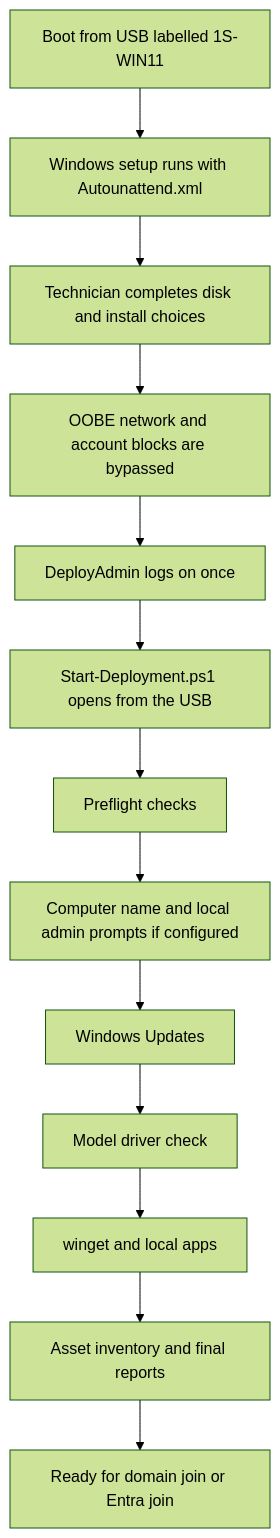
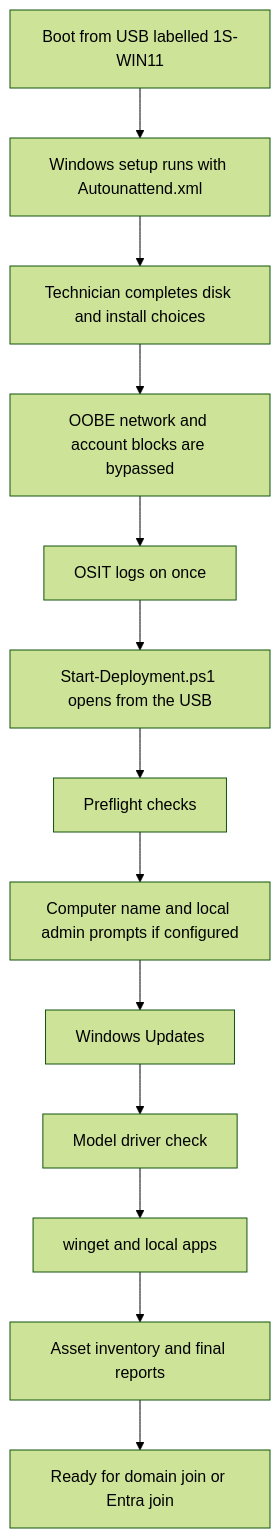
One commit to robin-collins/Win11-USB changed the first of 2 diagrams in README.md. Above: the diagram before and after it, drawn with Mermaid (forest theme). The commit also changed other lines of this file and 8 other files, not shown here.

Commit message:
Refactor deployment config for OSIT local admin setup

````diff
--- a/README.md
+++ b/README.md
@@ -11,15 +11,15 @@
 ```mermaid
 flowchart TD
   A["Boot from USB labelled 1S-WIN11"] --> B["Windows setup runs with Autounattend.xml"]
   B --> C["Technician completes disk and install choices"]
   C --> D["OOBE network and account blocks are bypassed"]
-  D --> E["DeployAdmin logs on once"]
+  D --> E["OSIT logs on once"]
   E --> F["Start-Deployment.ps1 opens from the USB"]
   F --> G["Preflight checks"]
   G --> H["Computer name and local admin prompts if configured"]
   H --> I["Windows Updates"]
   I --> J["Model driver check"]
   J --> K["winget and local apps"]
   K --> L["Asset inventory and final reports"]
   L --> M["Ready for domain join or Entra join"]
 ```
````
